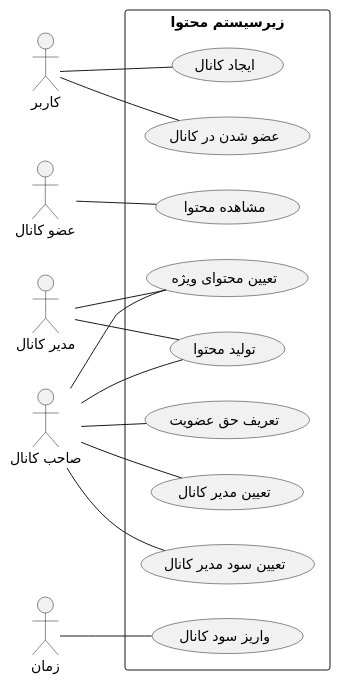
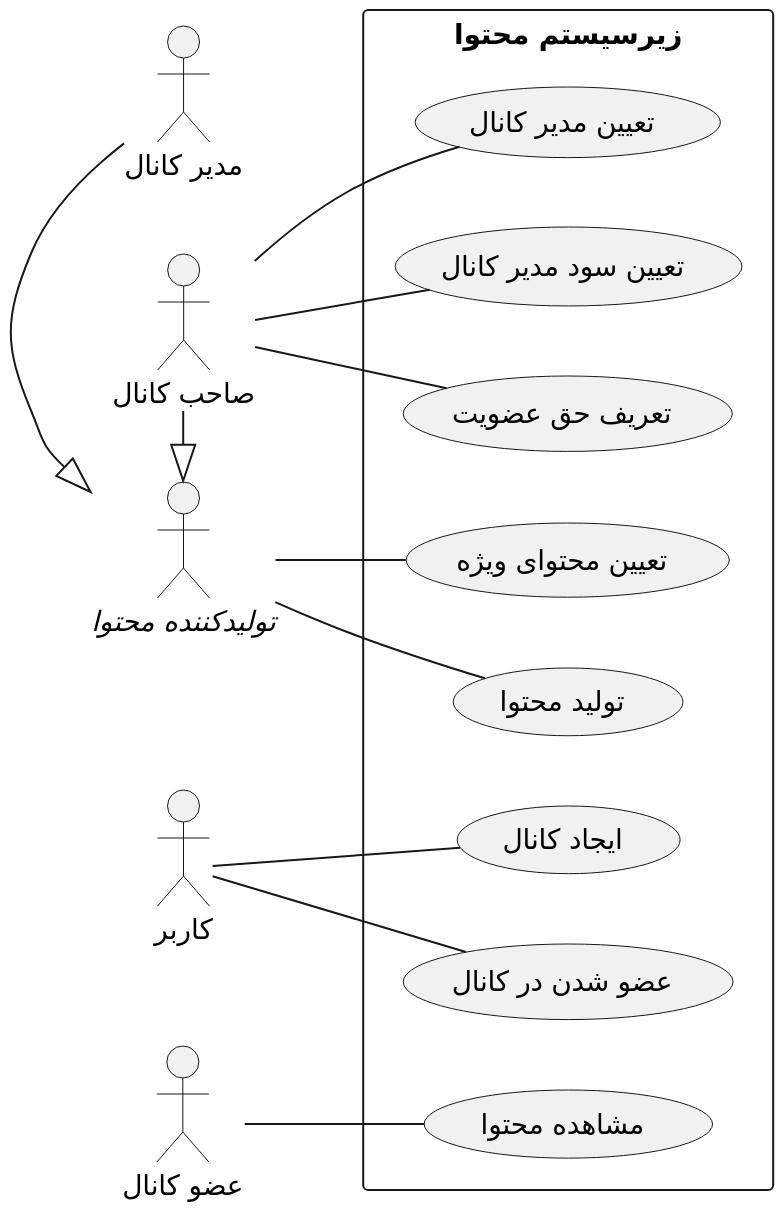
Before and after one commit to soleyman79/Qasedak: the diagram in PlantUML/Usecase Diagram/2_ContentSubsystem.puml, drawn with PlantUML. The commit also changed 2 other files, not shown here.

Commit message:
Fixed the font, added inheritance and moved time

```diff
--- a/PlantUML/Usecase Diagram/2_ContentSubsystem.puml
+++ b/PlantUML/Usecase Diagram/2_ContentSubsystem.puml
@@ -1,35 +1,35 @@
 @startuml content_subsystem
+scale 2
 left to right direction
+skinparam defaultFontName B Nazanin
 
 rectangle "زیرسیستم محتوا"{
     usecase "عضو شدن در کانال" as join
     usecase "مشاهده محتوا" as see
     usecase "ایجاد کانال" as start
     usecase "تولید محتوا" as create
     usecase "تعیین محتوای ویژه" as specialize
     usecase "تعریف حق عضویت" as fee
     usecase "تعیین مدیر کانال" as raise
     usecase "تعیین سود مدیر کانال" as salary
-    usecase "واریز سود کانال" as pay
 }
 
 actor "کاربر" as user
 actor "عضو کانال" as member
+actor "//تولیدکننده محتوا//" as producer
 actor "مدیر کانال" as admin
 actor "صاحب کانال" as owner
-actor "زمان" as time
+
+admin -|> producer
+owner -|> producer
 
 user -- join
 member -- see
 user -- start
-admin -- create
-owner -- create
-admin -- specialize
-owner -- specialize
+producer -- create
+producer -- specialize
 owner -- fee
 owner -- raise
 owner -- salary
-time -- pay
-
 
 @enduml
```
